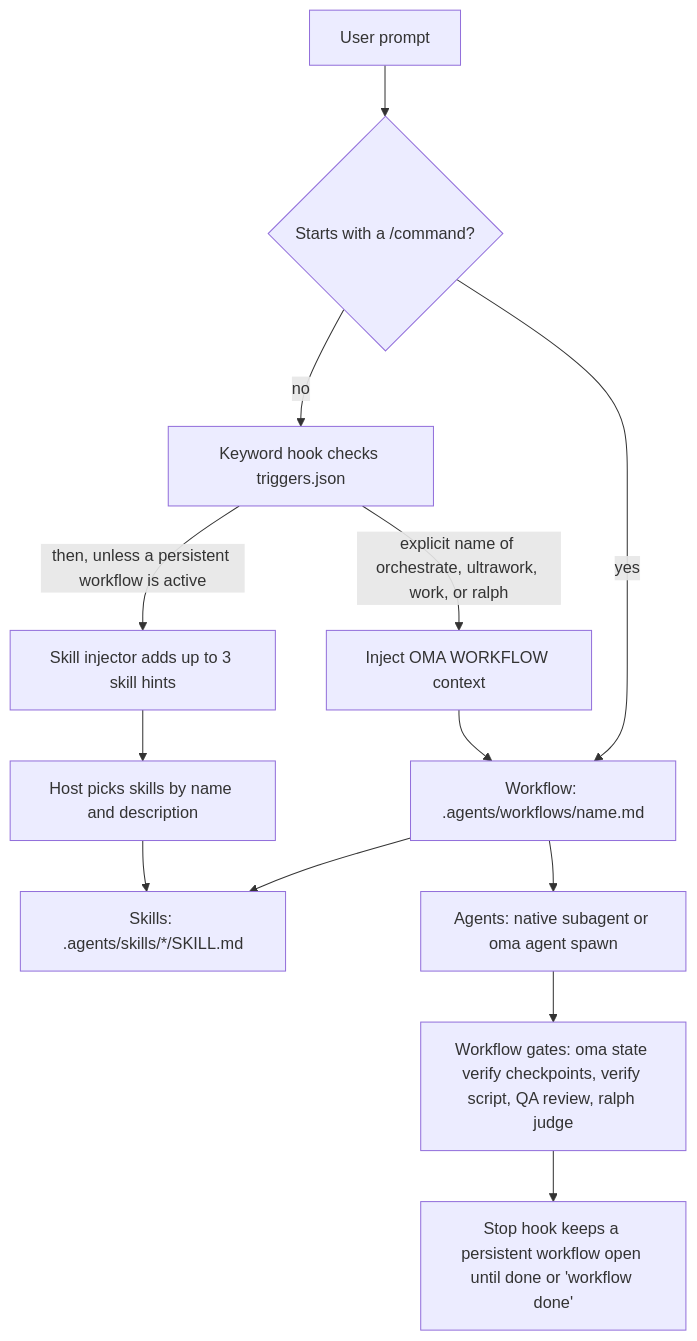
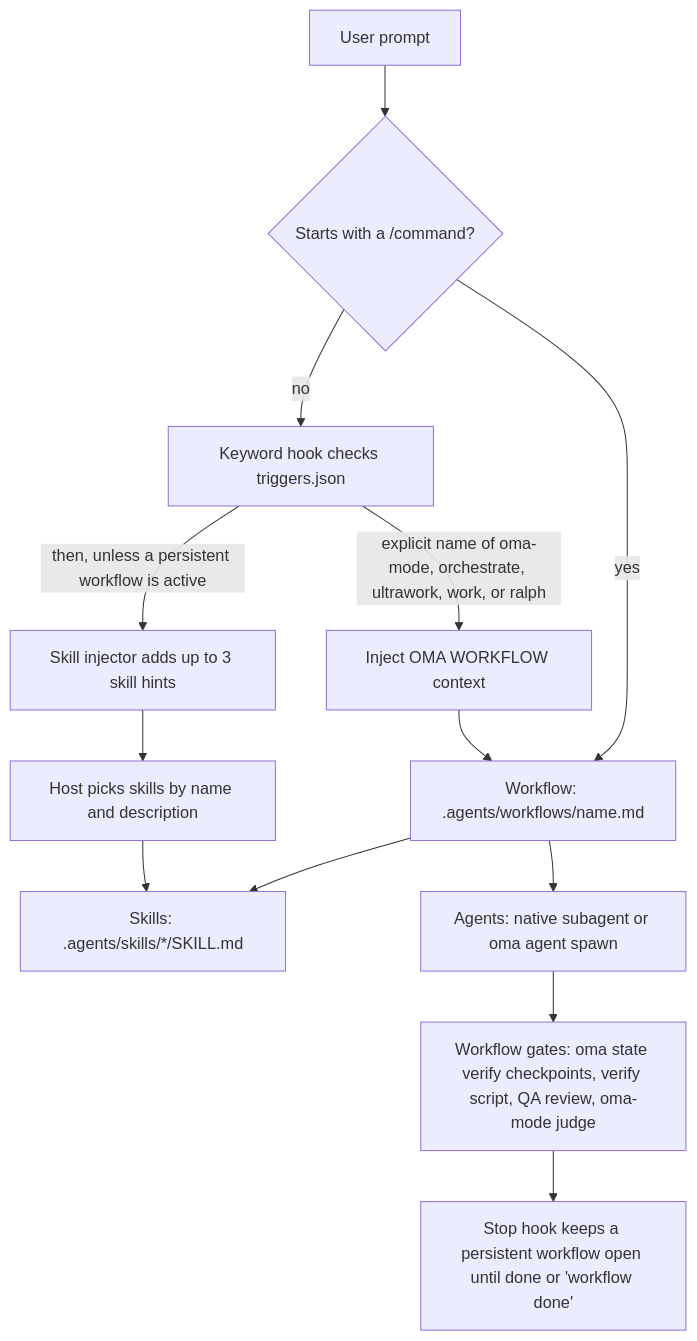
Before and after one commit to first-fluke/oh-my-agent: the diagram in web/docs/getting-started/introduction.md, drawn with Mermaid. The commit also changed other lines of this file and 291 other files, not shown here.

First line of the commit message:
feat(oma-mode)!: add oma-mode with judge, open-ended protocol, and deprecate ralph

````diff
--- a/web/docs/getting-started/introduction.md
+++ b/web/docs/getting-started/introduction.md
@@ -208,15 +208,15 @@
 ```mermaid
 flowchart TD
   P["User prompt"] --> SL{"Starts with a /command?"}
   SL -->|yes| WF["Workflow: .agents/workflows/name.md"]
   SL -->|no| KD["Keyword hook checks triggers.json"]
-  KD -->|"explicit name of orchestrate, ultrawork, work, or ralph"| CTX["Inject OMA WORKFLOW context"]
+  KD -->|"explicit name of oma-mode, orchestrate, ultrawork, work, or ralph"| CTX["Inject OMA WORKFLOW context"]
   CTX --> WF
   KD -->|"then, unless a persistent workflow is active"| SI["Skill injector adds up to 3 skill hints"]
   SI --> HOST["Host picks skills by name and description"]
   WF --> SK["Skills: .agents/skills/*/SKILL.md"]
   HOST --> SK
   WF --> AG["Agents: native subagent or oma agent spawn"]
-  AG --> GATE["Workflow gates: oma state verify checkpoints, verify script, QA review, ralph judge"]
+  AG --> GATE["Workflow gates: oma state verify checkpoints, verify script, QA review, oma-mode judge"]
   GATE --> STOP["Stop hook keeps a persistent workflow open until done or 'workflow done'"]
 ```
````
